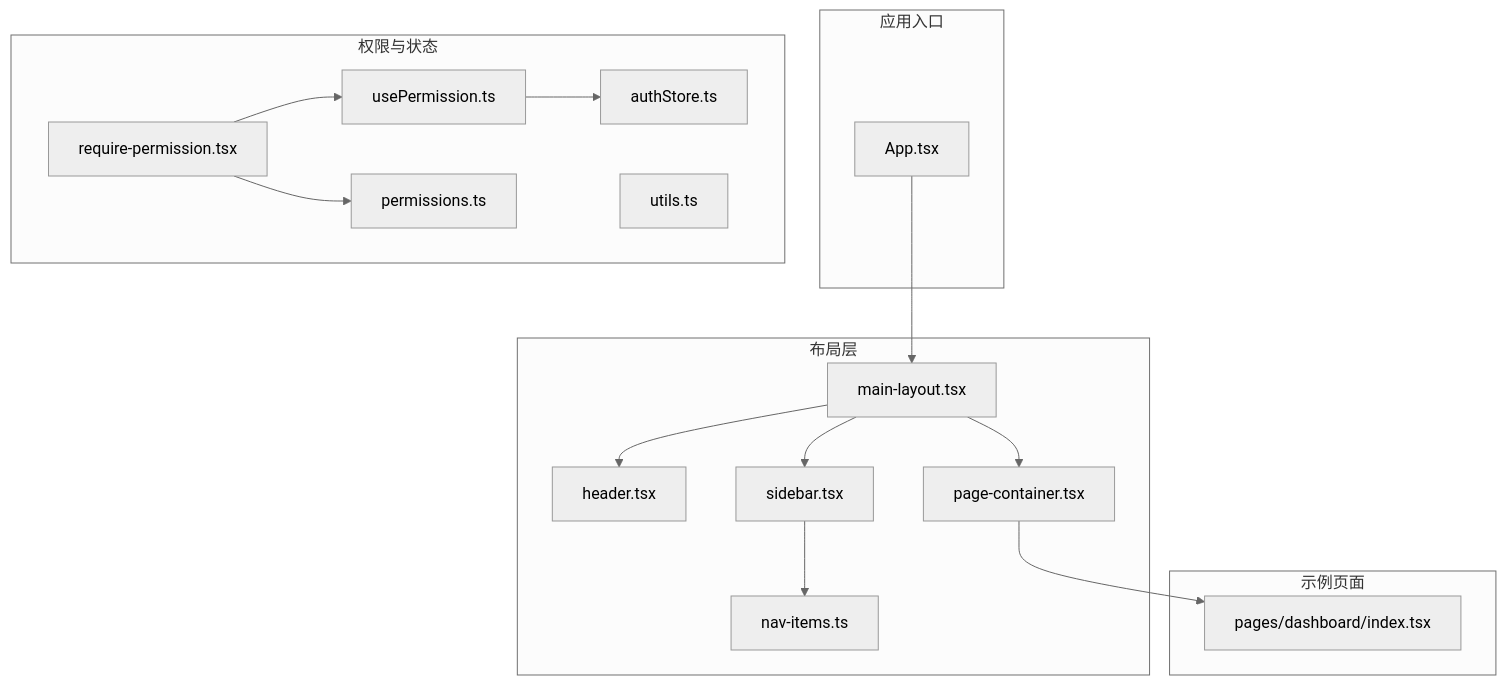
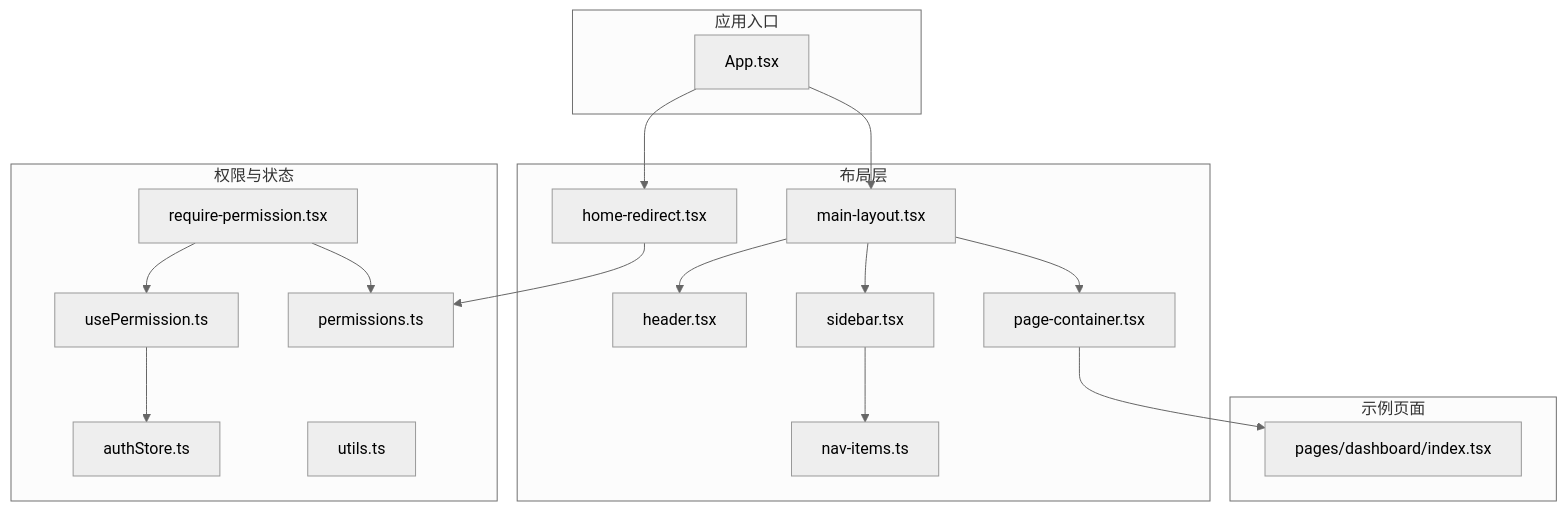
One commit to Damao997/newproject changed the first of 4 diagrams in .qoder/repowiki/zh/content/架构设计/组件架构/布局组件/布局组件.md. Above: the diagram before and after it, drawn with Mermaid (neutral theme). The commit also changed other lines of this file and 57 other files, not shown here.

````diff
--- a/.qoder/repowiki/zh/content/架构设计/组件架构/布局组件/布局组件.md
+++ b/.qoder/repowiki/zh/content/架构设计/组件架构/布局组件/布局组件.md
@@ -49,32 +49,35 @@
 ```mermaid
 graph TB
 subgraph "应用入口"
 APP["App.tsx"]
 end
 subgraph "布局层"
 MAIN["main-layout.tsx"]
 HEADER["header.tsx"]
 SIDEBAR["sidebar.tsx"]
 PAGE["page-container.tsx"]
 NAV["nav-items.ts"]
+REDIRECT["home-redirect.tsx"]
 end
 subgraph "权限与状态"
 RP["require-permission.tsx"]
 UP["usePermission.ts"]
 AUTH["authStore.ts"]
 PERM["permissions.ts"]
 UTILS["utils.ts"]
 end
 subgraph "示例页面"
 DASH["pages/dashboard/index.tsx"]
 end
 APP --> MAIN
+APP --> REDIRECT
 MAIN --> HEADER
 MAIN --> SIDEBAR
 MAIN --> PAGE
 PAGE --> DASH
 RP --> UP
 UP --> AUTH
 RP --> PERM
 SIDEBAR --> NAV
+REDIRECT --> PERM
 ```
````
